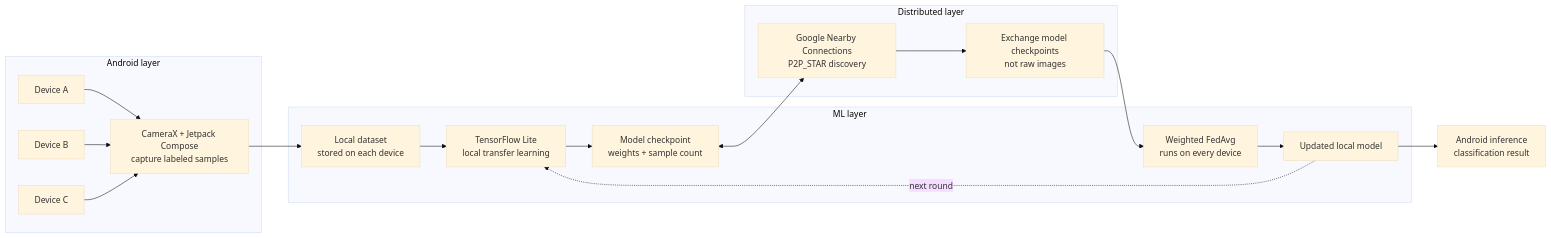
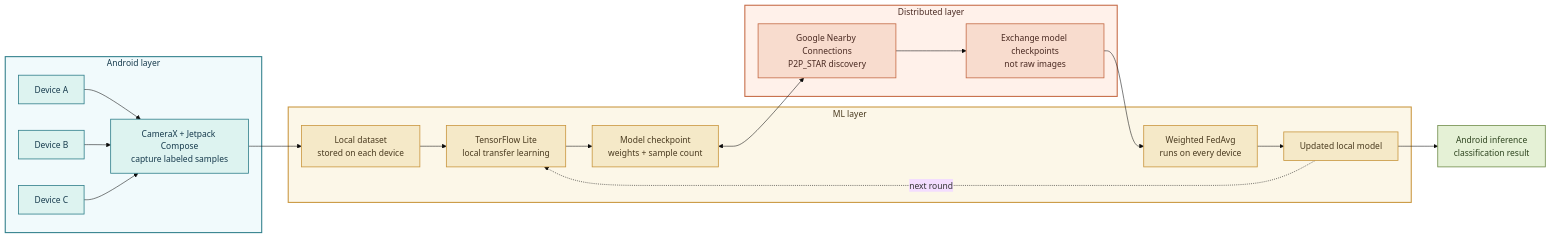
Before and after one commit to SARANG1018/MobiCollab-A-Decentralized-Framework-for-Collaborative-Transfer-Learning-on-Android-Devices: the diagram in README.md, drawn with Mermaid (base theme).

Commit message:
Improve README architecture presentation

````diff
--- a/README.md
+++ b/README.md
@@ -26,34 +17,46 @@
 ```mermaid
 flowchart LR
 	subgraph ANDROID[Android layer]
 		A[Device A]
 		B[Device B]
 		C[Device C]
 		CAP[CameraX + Jetpack Compose<br/>capture labeled samples]
 		A --> CAP
 		B --> CAP
 		C --> CAP
 	end
 
 	subgraph ML[ML layer]
 		DATA[Local dataset<br/>stored on each device]
 		TRAIN[TensorFlow Lite<br/>local transfer learning]
 		SAVE[Model checkpoint<br/>weights + sample count]
 		AVG[Weighted FedAvg<br/>runs on every device]
 		MODEL[Updated local model]
 		DATA --> TRAIN --> SAVE
 		AVG --> MODEL
 	end
 
 	subgraph DIST[Distributed layer]
 		P2P[Google Nearby Connections<br/>P2P_STAR discovery]
 		EXCHANGE[Exchange model checkpoints<br/>not raw images]
 		P2P --> EXCHANGE
 	end
 
 	CAP --> DATA
 	SAVE <--> P2P
 	EXCHANGE --> AVG
 	MODEL --> RESULT[Android inference<br/>classification result]
 	MODEL -. next round .-> TRAIN
+
+	style ANDROID fill:#F1FAFC,stroke:#2F7E8A,stroke-width:2px,color:#173B4D
+	style ML fill:#FCF7E8,stroke:#C9963E,stroke-width:2px,color:#493A1F
+	style DIST fill:#FFF1EA,stroke:#C56A45,stroke-width:2px,color:#4A2A22
+	classDef device fill:#DDF3F0,stroke:#2F7E8A,stroke-width:1.5px,color:#173B4D
+	classDef model fill:#F5E9C8,stroke:#C9963E,stroke-width:1.5px,color:#493A1F
+	classDef network fill:#F8DCCE,stroke:#C56A45,stroke-width:1.5px,color:#4A2A22
+	classDef result fill:#E5F1D6,stroke:#708C4A,stroke-width:1.5px,color:#2F4520
+	class A,B,C,CAP device
+	class DATA,TRAIN,SAVE,AVG,MODEL model
+	class P2P,EXCHANGE network
+	class RESULT result
 ```
````
